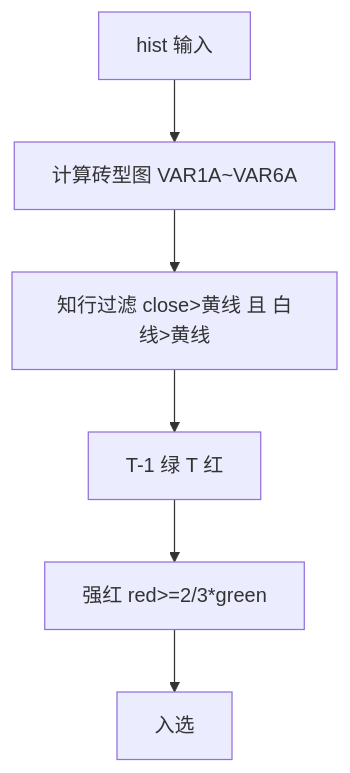
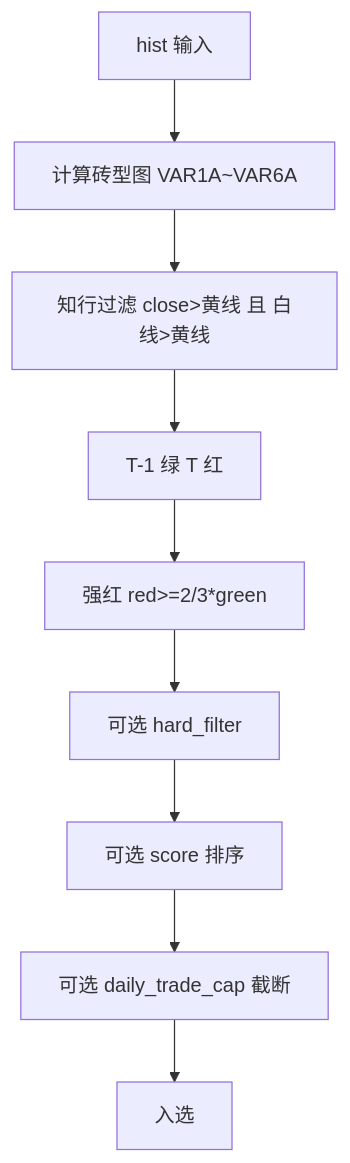
The seventh of 7 diagrams in README.md (jayshenn/StockTradebyZ), drawn with Mermaid before and after one commit. The commit also changed other lines of this file and 12 other files, not shown here.

````diff
--- a/README.md
+++ b/README.md
@@ -585,8 +635,11 @@
 ```mermaid
 flowchart TD
     A[hist 输入] --> B[计算砖型图 VAR1A~VAR6A]
     B --> C[知行过滤 close>黄线 且 白线>黄线]
     C --> D[T-1 绿 T 红]
     D --> E[强红 red>=2/3*green]
-    E --> F[入选]
+    E --> F[可选 hard_filter]
+    F --> G[可选 score 排序]
+    G --> H[可选 daily_trade_cap 截断]
+    H --> I[入选]
 ```
````
